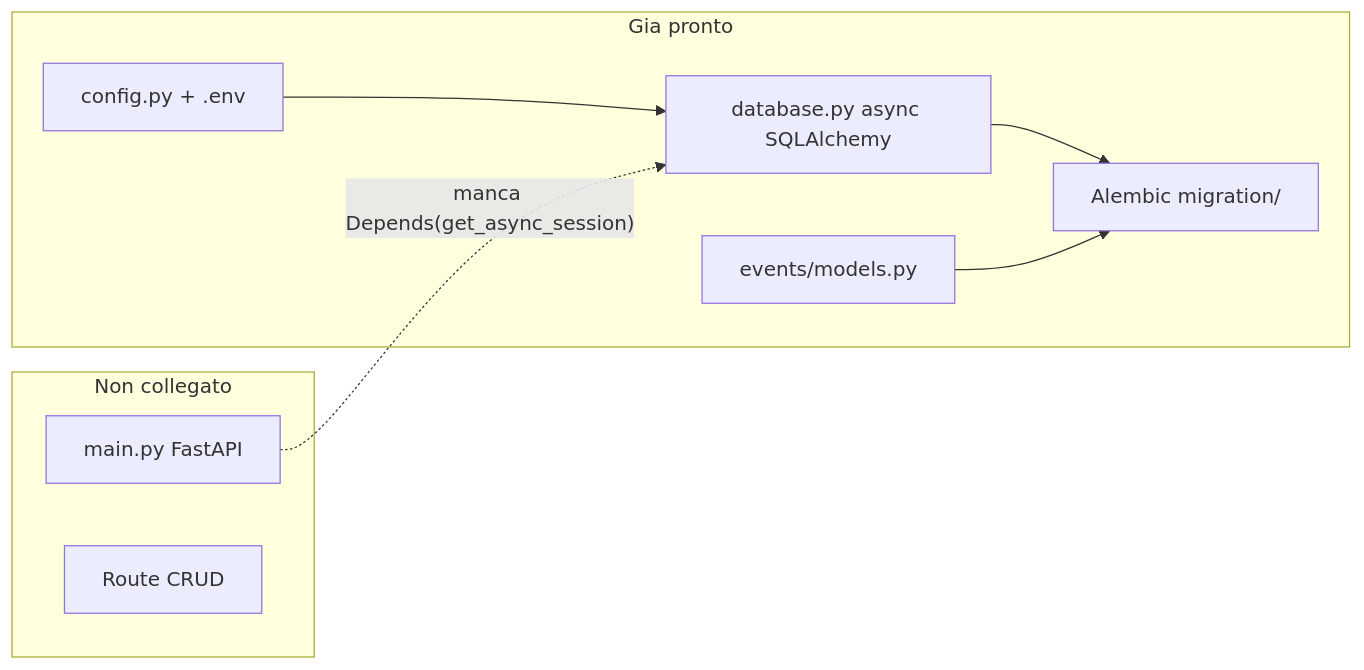
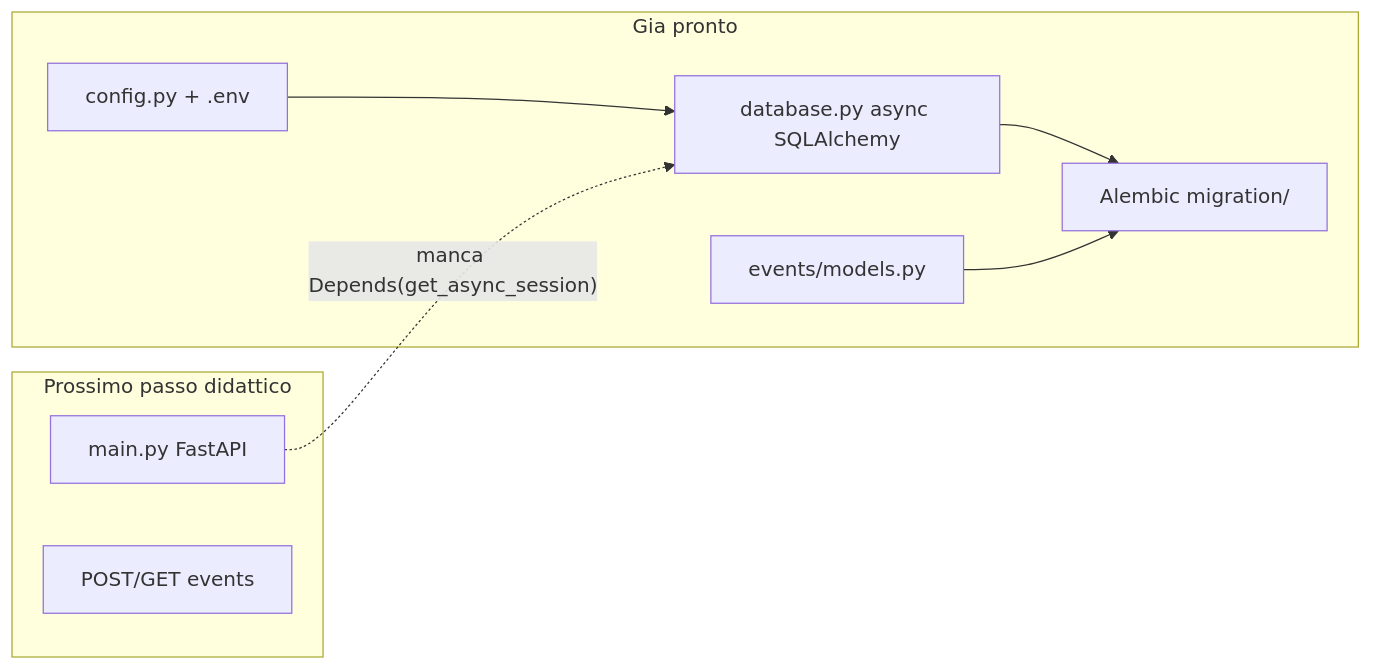
The second of 2 diagrams in TODOS/postgres_online_neon_5fbf3f08.plan.md (FabioTognaa/Fabio_Tognarelli_WebSite), drawn with Mermaid before and after one commit. The commit also changed other lines of this file and 9 other files, not shown here.

````diff
--- a/TODOS/postgres_online_neon_5fbf3f08.plan.md
+++ b/TODOS/postgres_online_neon_5fbf3f08.plan.md
@@ -35,17 +75,17 @@
 ```mermaid
 flowchart LR
   subgraph done [Gia pronto]
     Config["config.py + .env"]
     DBLayer["database.py async SQLAlchemy"]
     Alembic["Alembic migration/"]
     Model["events/models.py"]
   end
-  subgraph notYet [Non collegato]
+  subgraph notYet [Prossimo passo didattico]
     Main["main.py FastAPI"]
-    Routes["Route CRUD"]
+    Routes["POST/GET events"]
   end
   Config --> DBLayer
   DBLayer --> Alembic
   Model --> Alembic
   Main -.->|"manca Depends(get_async_session)"| DBLayer
 ```
````
